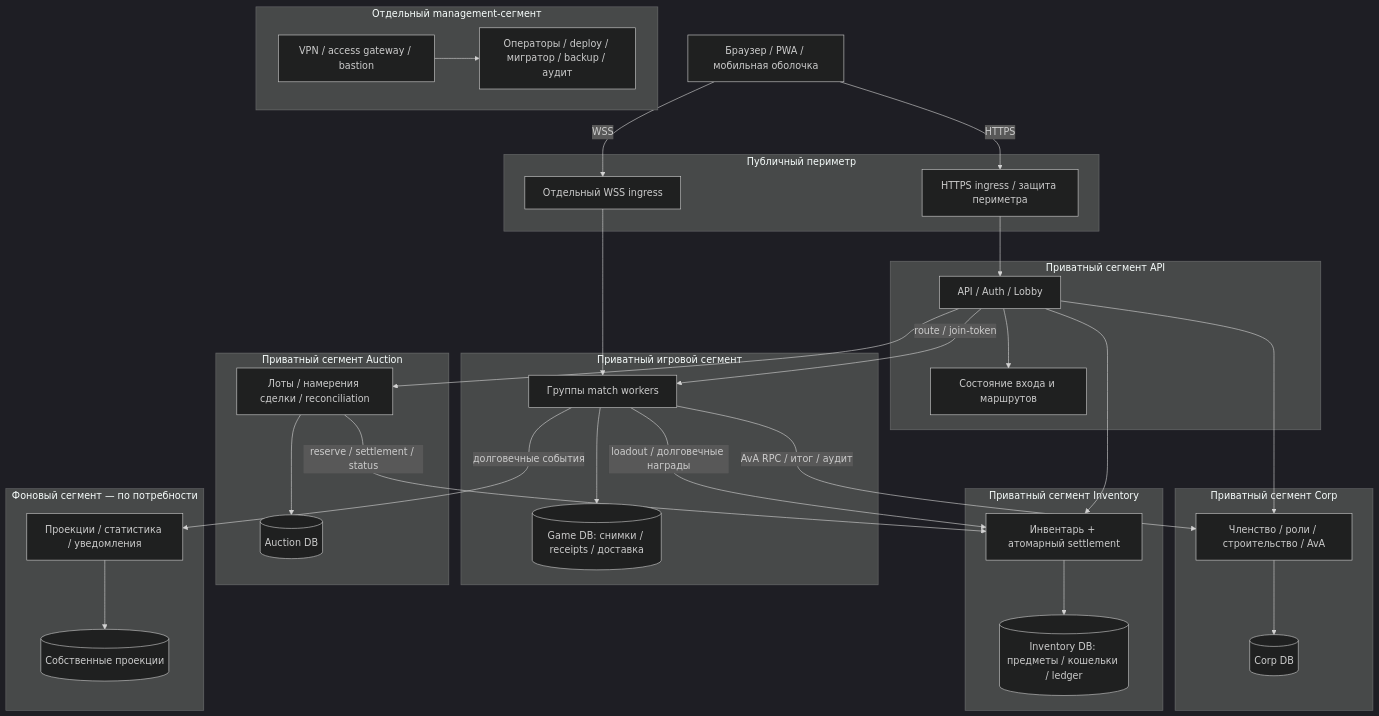
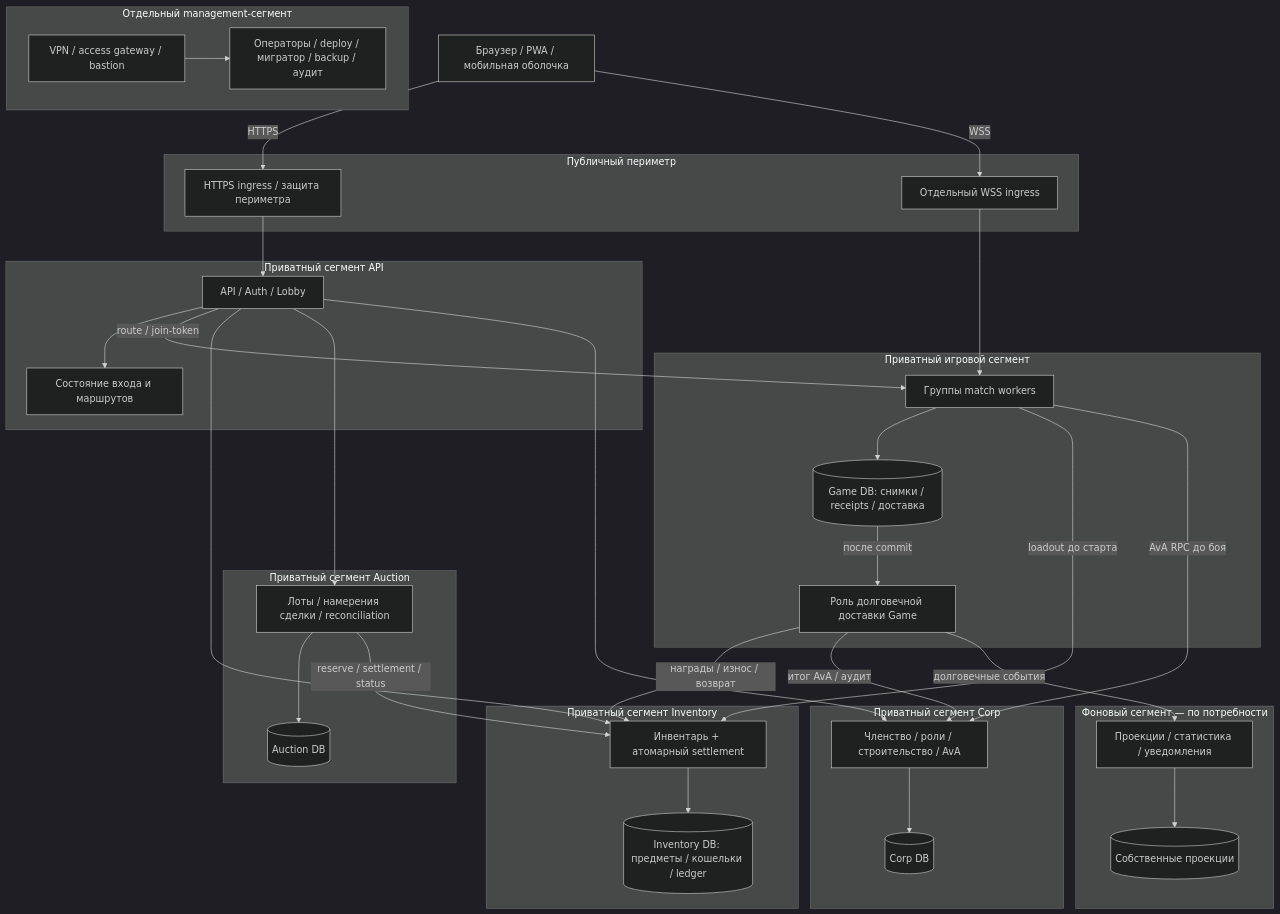
The diagram in docs/service-architecture-map.md (MoonGameTechnology/MoonGame), drawn with Mermaid (dark theme) before and after one commit. The commit also changed other lines of this file and 4 other files, not shown here.

````diff
--- a/docs/service-architecture-map.md
+++ b/docs/service-architecture-map.md
@@ -28,53 +28,57 @@
 ```mermaid
 flowchart TB
     Player["Браузер / PWA / мобильная оболочка"]
     subgraph Edge["Публичный периметр"]
         Http["HTTPS ingress / защита периметра"]
         Ws["Отдельный WSS ingress"]
     end
     subgraph ApiNet["Приватный сегмент API"]
         Api["API / Auth / Lobby"]
         ApiStore["Состояние входа и маршрутов"]
         Api --> ApiStore
     end
     subgraph GameNet["Приватный игровой сегмент"]
         Workers["Группы match workers"]
         GameDB[("Game DB: снимки / receipts / доставка")]
         Workers --> GameDB
+        Delivery["Роль долговечной доставки Game"]
+        GameDB -->|после commit| Delivery
     end
     subgraph InvNet["Приватный сегмент Inventory"]
         Inv["Инвентарь + атомарный settlement"]
         InvDB[("Inventory DB: предметы / кошельки / ledger")]
         Inv --> InvDB
     end
     subgraph AuctionNet["Приватный сегмент Auction"]
         Auction["Лоты / намерения сделки / reconciliation"]
         AuctionDB[("Auction DB")]
         Auction --> AuctionDB
     end
     subgraph CorpNet["Приватный сегмент Corp"]
         Corp["Членство / роли / строительство / AvA"]
         CorpDB[("Corp DB")]
         Corp --> CorpDB
     end
     subgraph BgNet["Фоновый сегмент — по потребности"]
         Bg["Проекции / статистика / уведомления"]
         BgStore[("Собственные проекции")]
         Bg --> BgStore
     end
     subgraph MgmtNet["Отдельный management-сегмент"]
         Access["VPN / access gateway / bastion"]
         Ops["Операторы / deploy / мигратор / backup / аудит"]
         Access --> Ops
     end
     Player -->|HTTPS| Http --> Api
     Player -->|WSS| Ws --> Workers
     Api -->|route / join-token| Workers
     Api --> Inv
     Api --> Auction
     Api --> Corp
     Auction -->|reserve / settlement / status| Inv
-    Workers -->|loadout / долговечные награды| Inv
-    Workers -->|AvA RPC / итог / аудит| Corp
-    Workers -->|долговечные события| Bg
+    Workers -->|loadout до старта| Inv
+    Workers -->|AvA RPC до боя| Corp
+    Delivery -->|награды / износ / возврат| Inv
+    Delivery -->|итог AvA / аудит| Corp
+    Delivery -->|долговечные события| Bg
 ```
````
